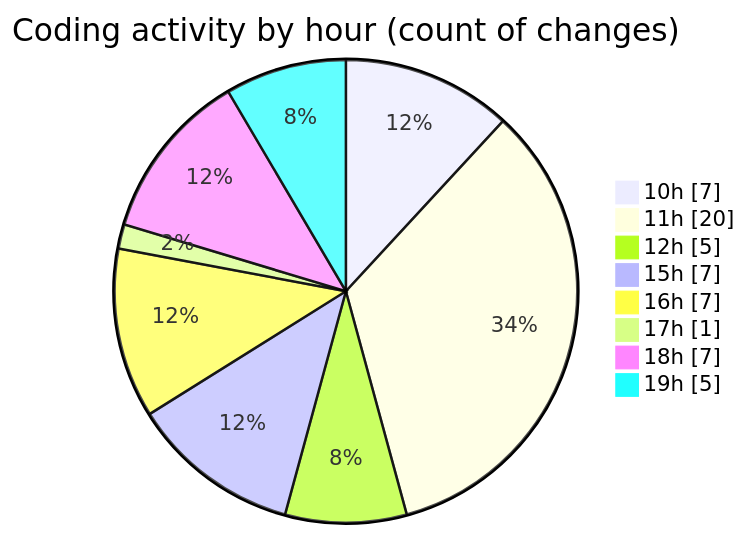
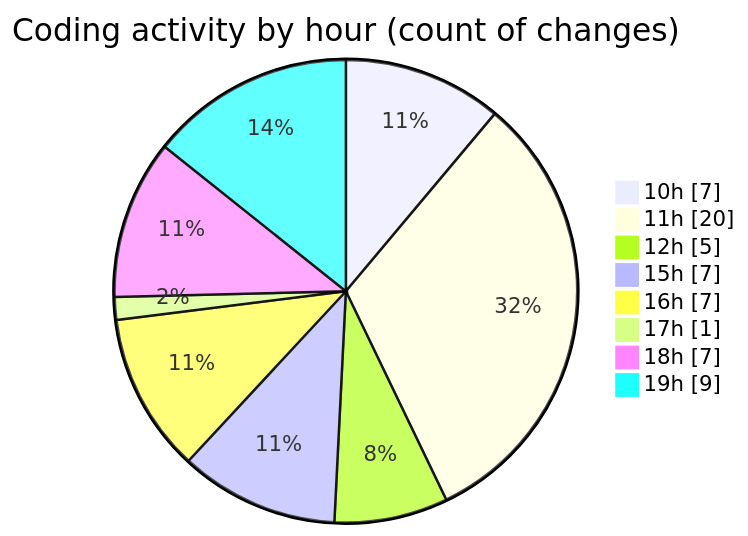
One commit to nxtqubesakshisongat/code-tracking changed the second of 2 diagrams in 2026-04-03/nxtqube_webapp/README.md. Above: the diagram before and after it, drawn with Mermaid. The commit also changed other lines of this file and 1 other file, not shown here.

````diff
--- a/2026-04-03/nxtqube_webapp/README.md
+++ b/2026-04-03/nxtqube_webapp/README.md
@@ -33,12 +33,12 @@
 ```mermaid
 pie showData
 title Coding activity by hour (count of changes)
 "10h" : 7
 "11h" : 20
 "12h" : 5
 "15h" : 7
 "16h" : 7
 "17h" : 1
 "18h" : 7
-"19h" : 5
+"19h" : 9
 ```
````
